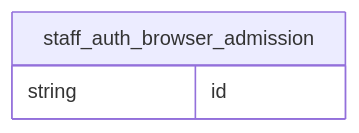
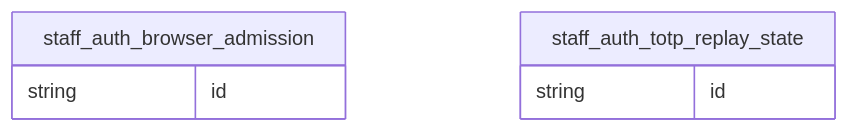
Before and after one commit to bedanavrvm/HB-Biogas-Telegram-Bot: the diagram in docs/database/staff_auth.mmd, drawn with Mermaid. The commit also changed 19 other files, not shown here.

```diff
--- a/docs/database/staff_auth.mmd
+++ b/docs/database/staff_auth.mmd
@@ -1,4 +1,7 @@
 erDiagram
   staff_auth_browser_admission {
     string id
   }
+  staff_auth_totp_replay_state {
+    string id
+  }
```
